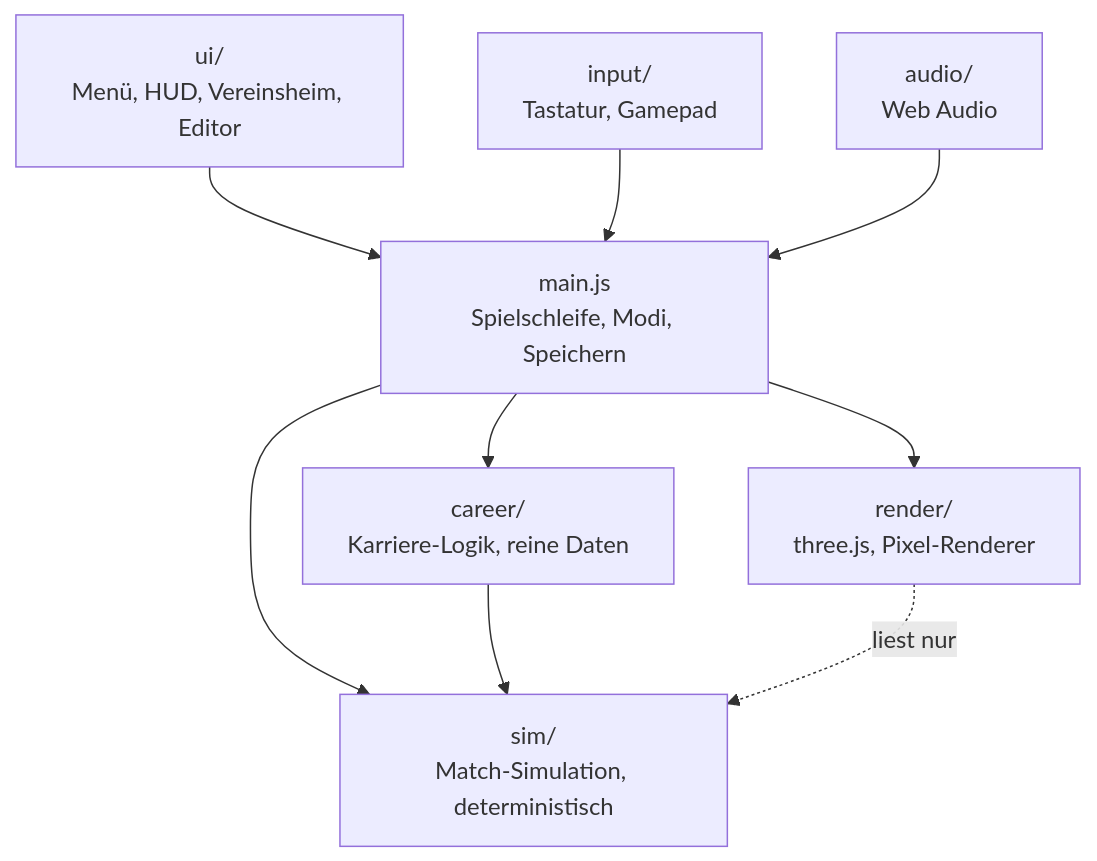
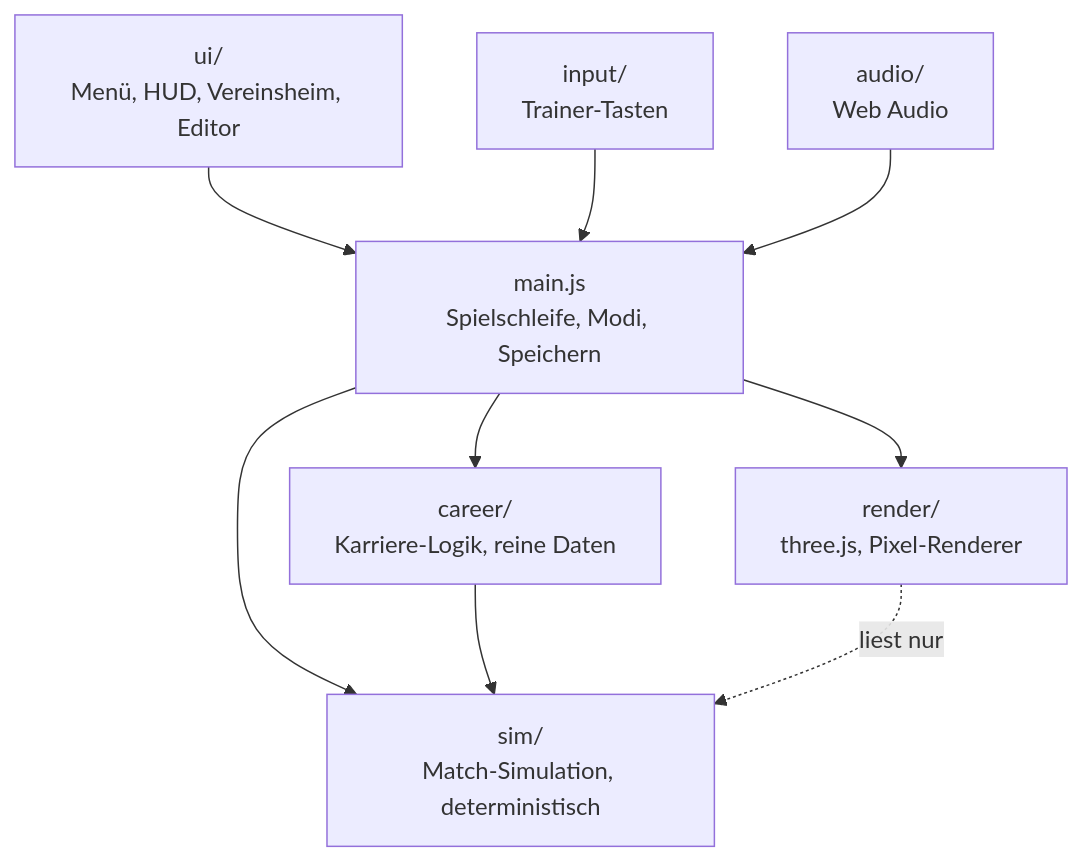
Before and after one commit to MrPavian/sunday-league: the second of 2 diagrams in docs/OVERVIEW.md, drawn with Mermaid. The commit also changed other lines of this file and 32 other files, not shown here.

````diff
--- a/docs/OVERVIEW.md
+++ b/docs/OVERVIEW.md
@@ -133,11 +133,11 @@
 ```mermaid
 flowchart TB
     UI[ui/<br/>Menü, HUD, Vereinsheim, Editor] --> Main[main.js<br/>Spielschleife, Modi, Speichern]
     Main --> Career[career/<br/>Karriere-Logik, reine Daten]
     Main --> Sim[sim/<br/>Match-Simulation, deterministisch]
     Main --> Render[render/<br/>three.js, Pixel-Renderer]
     Career --> Sim
     Render -.liest nur.-> Sim
-    Input[input/<br/>Tastatur, Gamepad] --> Main
+    Input[input/<br/>Trainer-Tasten] --> Main
     Audio[audio/<br/>Web Audio] --> Main
 ```
````
